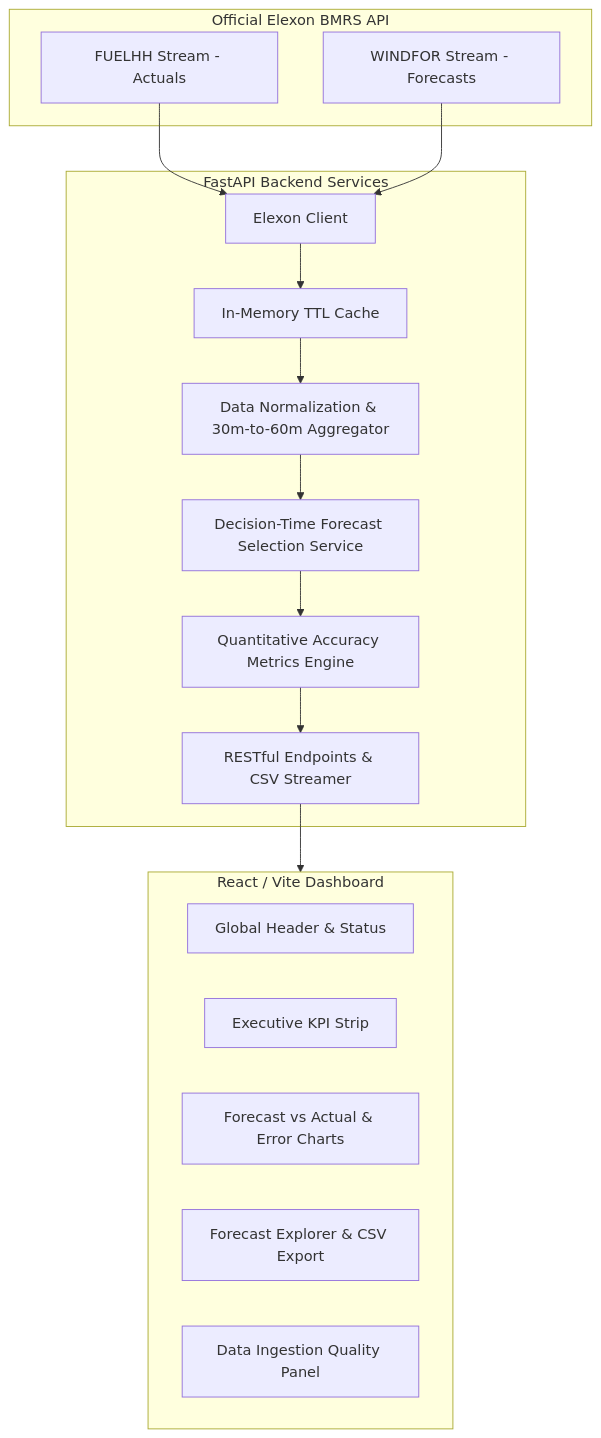
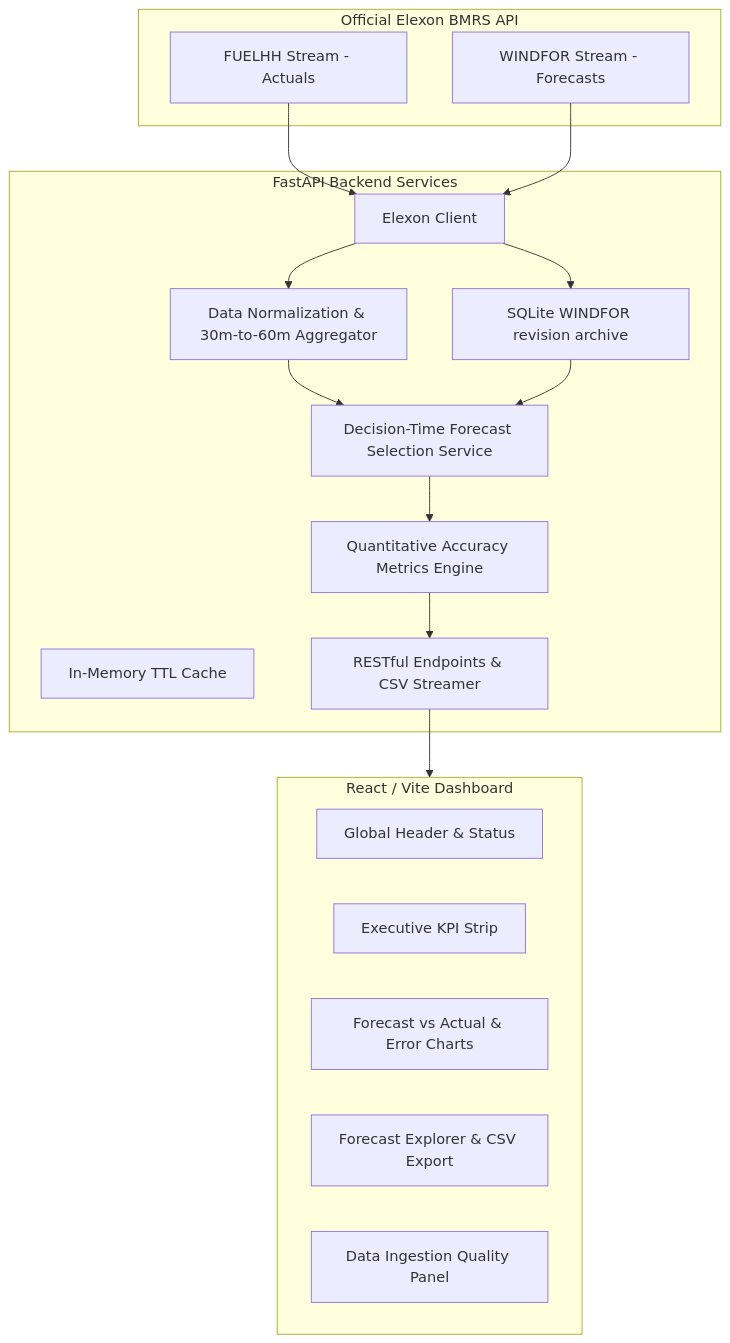
The diagram in README.md (sreyangshu05/Python_Dashboard_New), drawn with Mermaid before and after one commit. The commit also changed other lines of this file and 44 other files, not shown here.

````diff
--- a/README.md
+++ b/README.md
@@ -47,34 +44,35 @@
 ```mermaid
 flowchart TD
     subgraph Elexon["Official Elexon BMRS API"]
         F[FUELHH Stream - Actuals]
         W[WINDFOR Stream - Forecasts]
     end
 
     subgraph Backend["FastAPI Backend Services"]
         EC[Elexon Client]
         Cache[In-Memory TTL Cache]
         Norm[Data Normalization & 30m-to-60m Aggregator]
         Select[Decision-Time Forecast Selection Service]
         Metrics[Quantitative Accuracy Metrics Engine]
         API[RESTful Endpoints & CSV Streamer]
-        
-        EC --> Cache
-        Cache --> Norm
+
+        EC --> Norm
         Norm --> Select
         Select --> Metrics
         Metrics --> API
+        EC --> Archive[SQLite WINDFOR revision archive]
+        Archive --> Select
     end
 
     subgraph Frontend["React / Vite Dashboard"]
         Header[Global Header & Status]
         KPIs[Executive KPI Strip]
         Charts[Forecast vs Actual & Error Charts]
         Table[Forecast Explorer & CSV Export]
         Quality[Data Ingestion Quality Panel]
     end
 
     F --> EC
     W --> EC
     API --> Frontend
 ```
````
